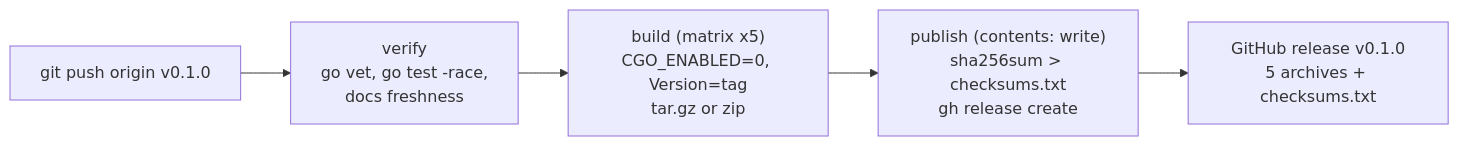
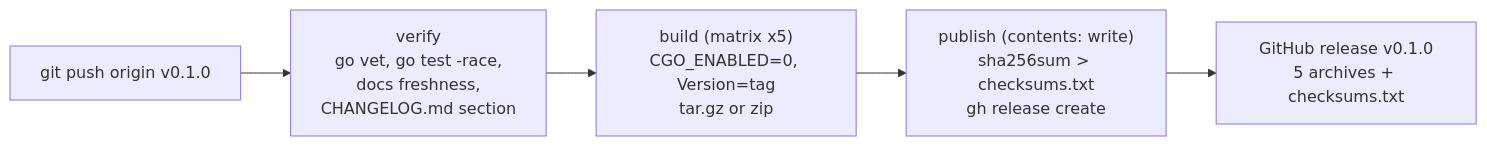
The diagram in docs/workflows/ci-and-release.md (braswelljr/gnux), drawn with Mermaid before and after one commit. The commit also changed other lines of this file and 12 other files, not shown here.

````diff
--- a/docs/workflows/ci-and-release.md
+++ b/docs/workflows/ci-and-release.md
@@ -216,7 +216,7 @@
 ```mermaid
 flowchart LR
-    T["git push origin v0.1.0"] --> V["verify<br/>go vet, go test -race,<br/>docs freshness"]
+    T["git push origin v0.1.0"] --> V["verify<br/>go vet, go test -race,<br/>docs freshness,<br/>CHANGELOG.md section"]
     V --> B["build (matrix x5)<br/>CGO_ENABLED=0, Version=tag<br/>tar.gz or zip"]
     B --> P["publish (contents: write)<br/>sha256sum > checksums.txt<br/>gh release create"]
     P --> R["GitHub release v0.1.0<br/>5 archives + checksums.txt"]
 ```
````
